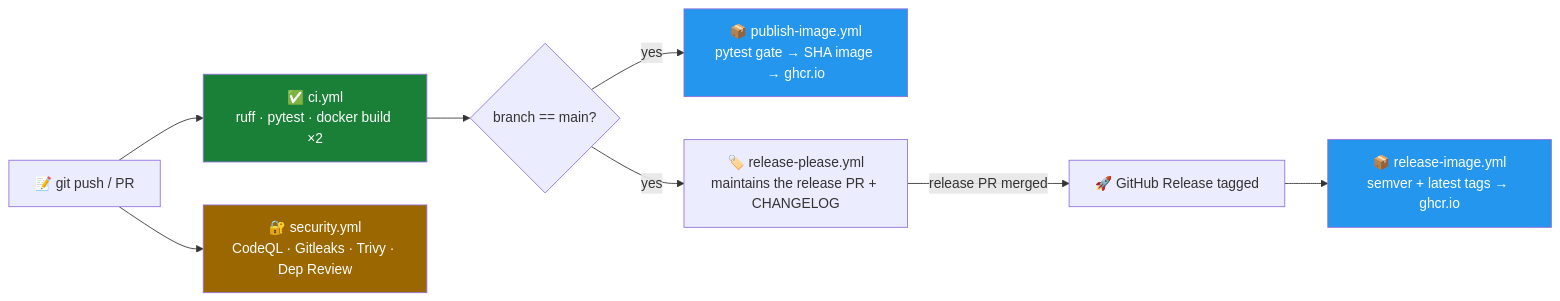
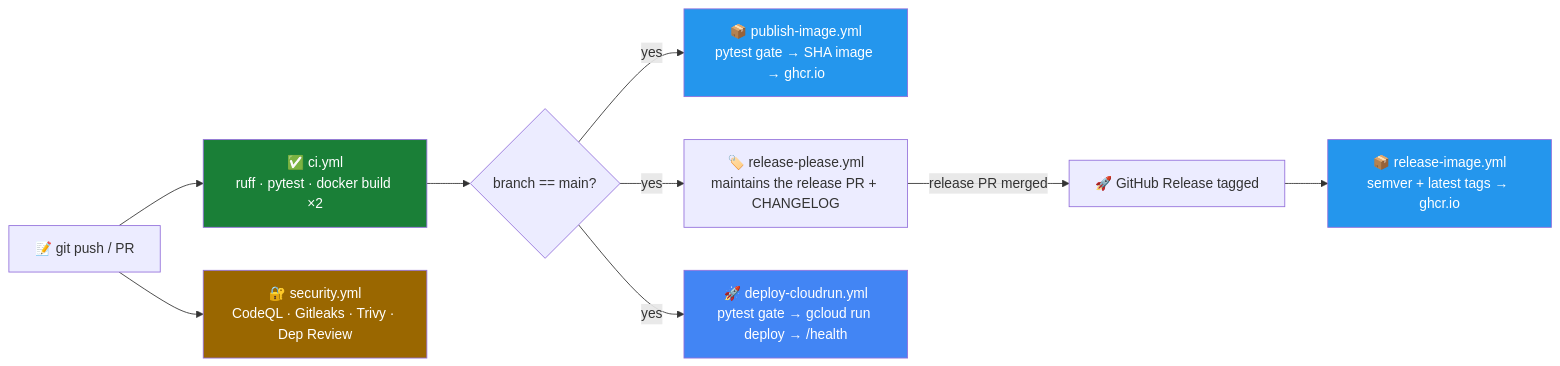
The fourth of 4 diagrams in README.md (sinalkar/deskfleet), drawn with Mermaid before and after one commit. The commit also changed other lines of this file and 23 other files, not shown here.

````diff
--- a/README.md
+++ b/README.md
@@ -364,15 +394,17 @@
 ```mermaid
 flowchart LR
     PUSH["📝 git push / PR"] --> CI["✅ ci.yml\nruff · pytest · docker build ×2"]
     PUSH --> SEC["🔐 security.yml\nCodeQL · Gitleaks · Trivy · Dep Review"]
     CI --> MAIN{"branch == main?"}
     MAIN -- yes --> PUB["📦 publish-image.yml\npytest gate → SHA image → ghcr.io"]
     MAIN -- yes --> RP["🏷️ release-please.yml\nmaintains the release PR + CHANGELOG"]
+    MAIN -- yes --> DEP["🚀 deploy-cloudrun.yml\npytest gate → gcloud run deploy → /health"]
     RP -- "release PR merged" --> REL["🚀 GitHub Release tagged"]
     REL --> RI["📦 release-image.yml\nsemver + latest tags → ghcr.io"]
 
     style CI fill:#1a7f37,color:#fff
     style SEC fill:#9a6700,color:#fff
     style PUB fill:#2496ED,color:#fff
     style RI fill:#2496ED,color:#fff
+    style DEP fill:#4285F4,color:#fff
 ```
````
